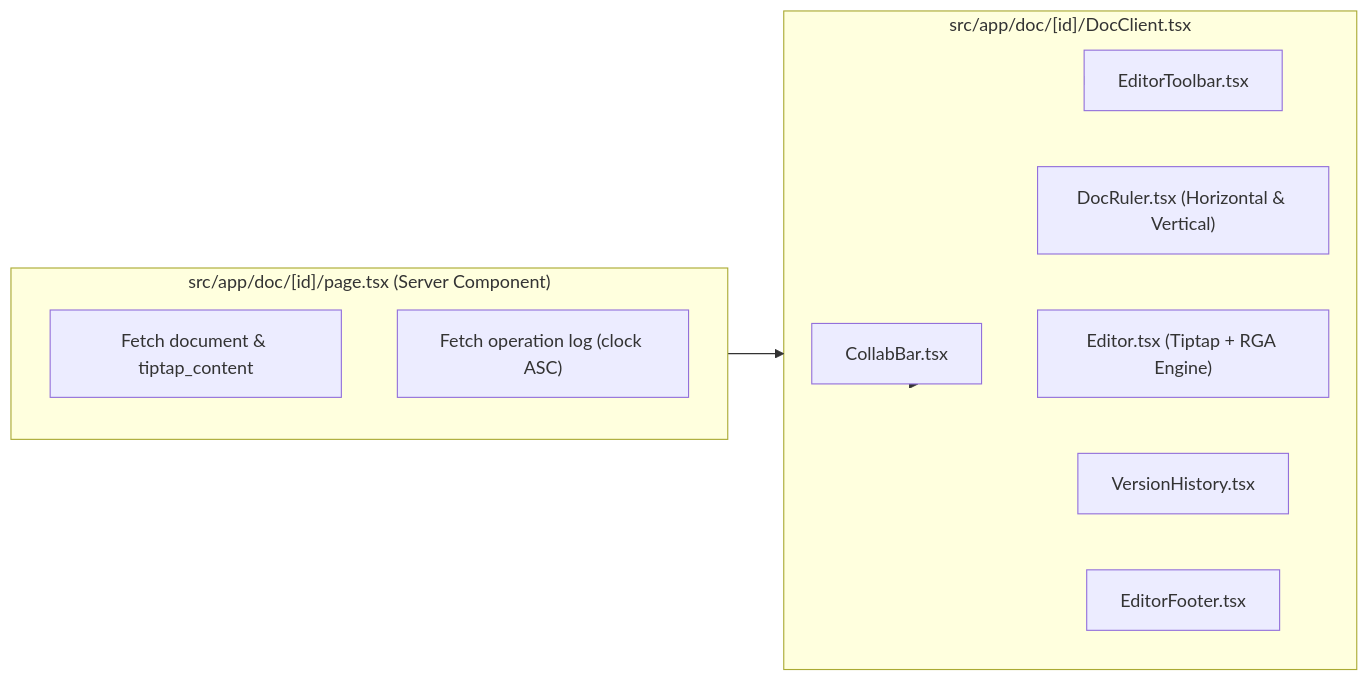
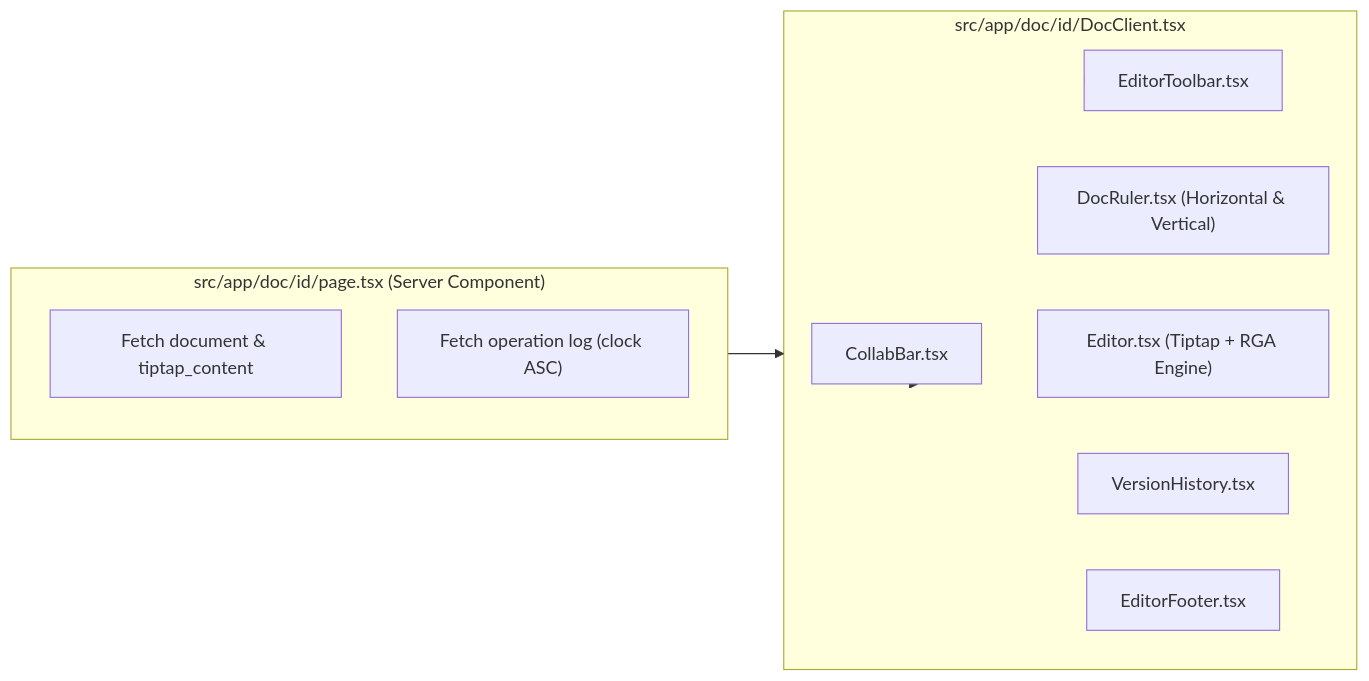
Before and after one commit to akkuraina/mergo: the second of 6 diagrams in README.md, drawn with Mermaid. The commit also changed other lines of this file, not shown here.

````diff
--- a/README.md
+++ b/README.md
@@ -115,24 +115,24 @@
 ```mermaid
 graph LR
-    subgraph DocPage ["src/app/doc/[id]/page.tsx (Server Component)"]
+    subgraph DocPage ["src/app/doc/id/page.tsx (Server Component)"]
         FetchDoc["Fetch document & tiptap_content"]
         FetchOps["Fetch operation log (clock ASC)"]
     end
 
-    subgraph DocClient ["src/app/doc/[id]/DocClient.tsx"]
+    subgraph DocClient ["src/app/doc/id/DocClient.tsx"]
         CollabBar["CollabBar.tsx"]
         EditorToolbar["EditorToolbar.tsx"]
         DocRuler["DocRuler.tsx (Horizontal & Vertical)"]
         EditorComp["Editor.tsx (Tiptap + RGA Engine)"]
         VersionHistory["VersionHistory.tsx"]
         EditorFooter["EditorFooter.tsx"]
     end
 
     DocPage --> DocClient
     DocClient --> CollabBar
     DocClient --> EditorToolbar
     DocClient --> DocRuler
     DocClient --> EditorComp
     DocClient --> VersionHistory
     DocClient --> EditorFooter
 ```
````
